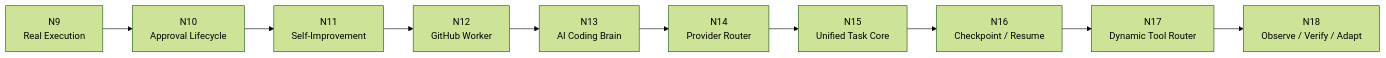
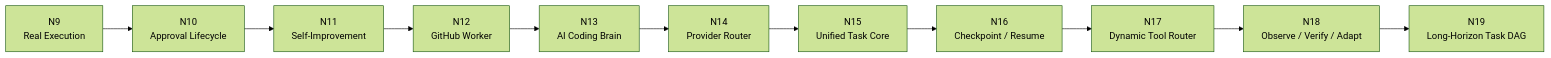
Before and after one commit to Pappu246/autonomous-ai-scout: the second of 6 diagrams in README.md, drawn with Mermaid (forest theme). The commit also changed other lines of this file and 5 other files, not shown here.

First line of the commit message:
feat(N19): long horizon task DAG planner

````diff
--- a/README.md
+++ b/README.md
@@ -114,15 +115,16 @@
 ```mermaid
 flowchart LR
     N9["N9<br/>Real Execution"]
     N10["N10<br/>Approval Lifecycle"]
     N11["N11<br/>Self-Improvement"]
     N12["N12<br/>GitHub Worker"]
     N13["N13<br/>AI Coding Brain"]
     N14["N14<br/>Provider Router"]
     N15["N15<br/>Unified Task Core"]
     N16["N16<br/>Checkpoint / Resume"]
     N17["N17<br/>Dynamic Tool Router"]
     N18["N18<br/>Observe / Verify / Adapt"]
+    N19["N19<br/>Long-Horizon Task DAG"]
 
-    N9 --> N10 --> N11 --> N12 --> N13 --> N14 --> N15 --> N16 --> N17 --> N18
+    N9 --> N10 --> N11 --> N12 --> N13 --> N14 --> N15 --> N16 --> N17 --> N18 --> N19
 ```
````
